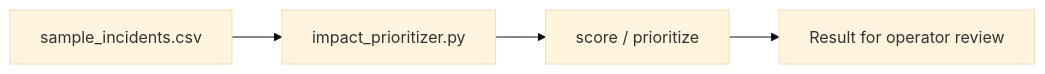
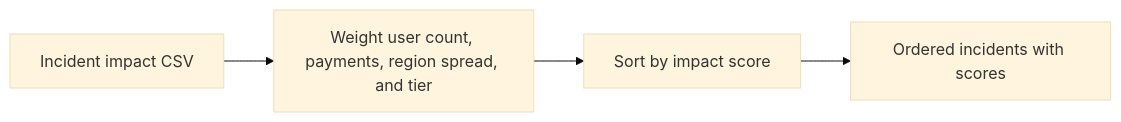
The diagram in docs/ARCHITECTURE.md (Klokesh493/customer-impact-prioritizer), drawn with Mermaid (base theme) before and after one commit. The commit also changed 1 other file, not shown here.

Commit message:
Show the project decision flow in its README

````diff
--- a/docs/ARCHITECTURE.md
+++ b/docs/ARCHITECTURE.md
@@ -5,8 +5,8 @@
 ```mermaid
 flowchart LR
-    N0["sample_incidents.csv"]
-    N1["impact_prioritizer.py"]
-    N2["score / prioritize"]
-    N3["Result for operator review"]
-    N0 --> N1 --> N2 --> N3
+    A["Incident impact CSV"]
+    B["Weight user count, payments, region spread, and tier"]
+    C["Sort by impact score"]
+    D["Ordered incidents with scores"]
+    A --> B --> C --> D
 ```
````
